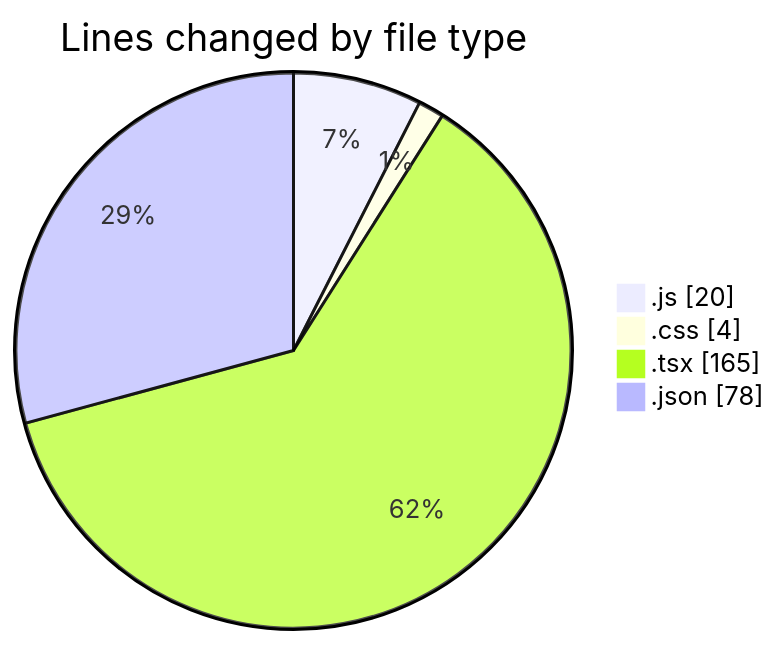
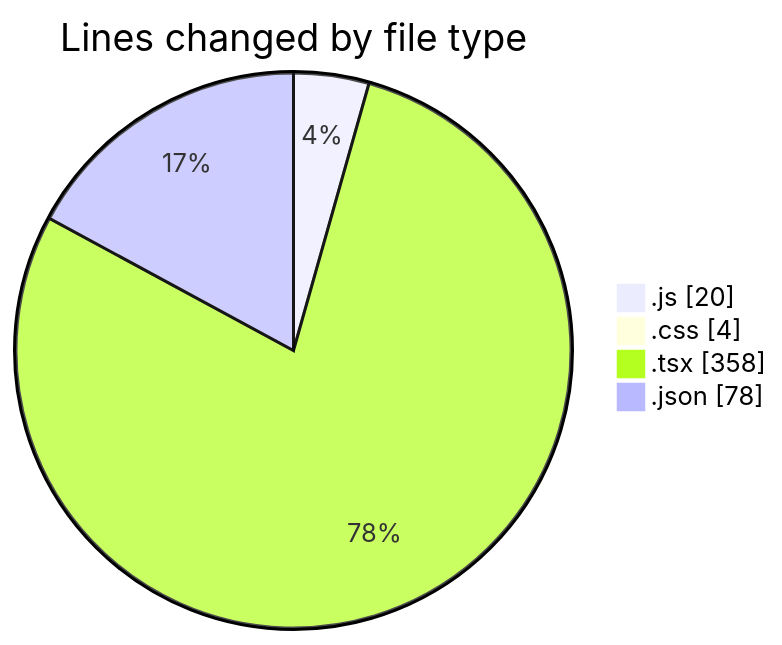
Before and after one commit to Ritupan-Deka/code-tracking: the first of 2 diagrams in 2025-06-19/scopecraft/README.md, drawn with Mermaid. The commit also changed other lines of this file and 1 other file, not shown here.

````diff
--- a/2025-06-19/scopecraft/README.md
+++ b/2025-06-19/scopecraft/README.md
@@ -28,8 +32,8 @@
 ```mermaid
 pie showData
 title Lines changed by file type
 ".js" : 20
 ".css" : 4
-".tsx" : 165
+".tsx" : 358
 ".json" : 78
 ```
````
